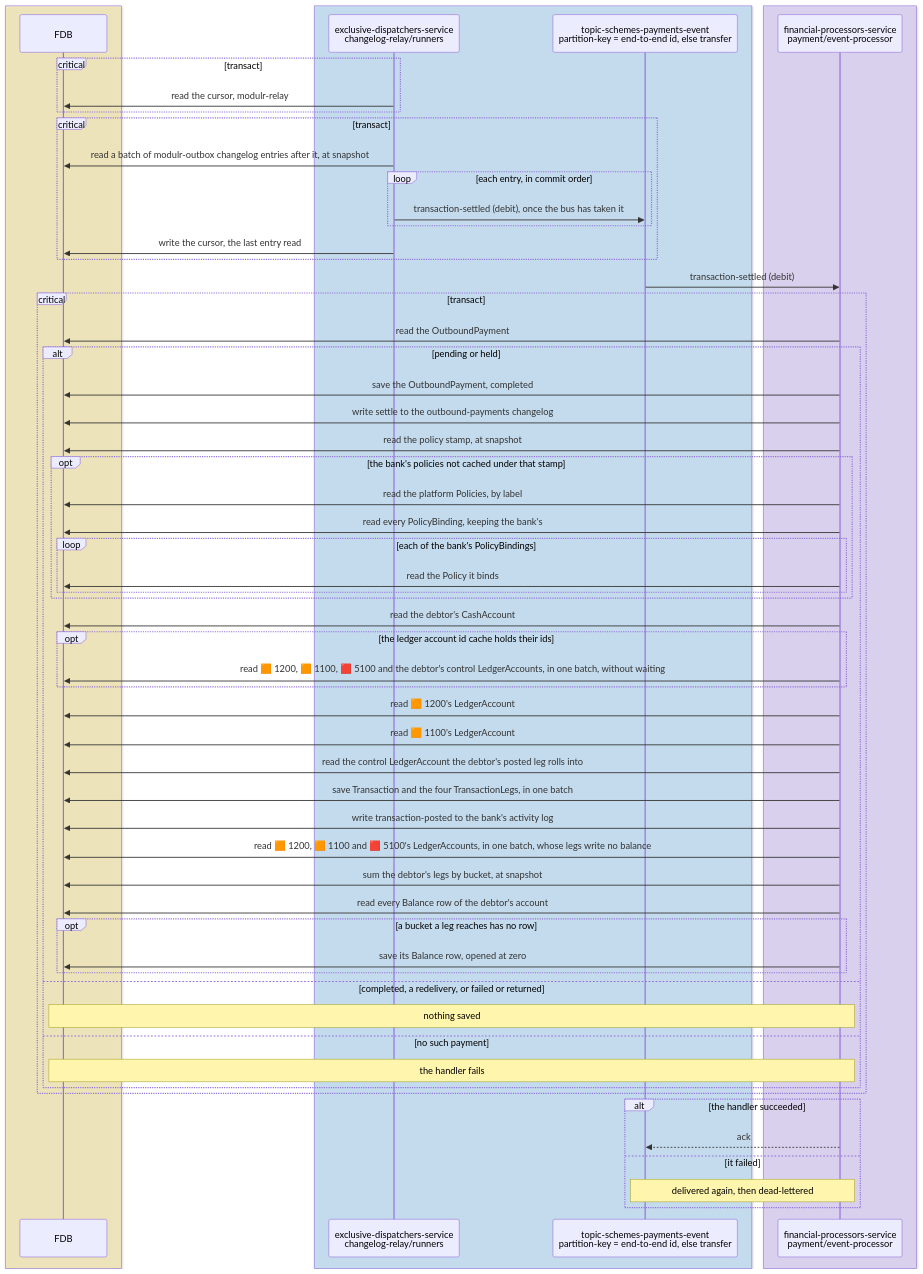
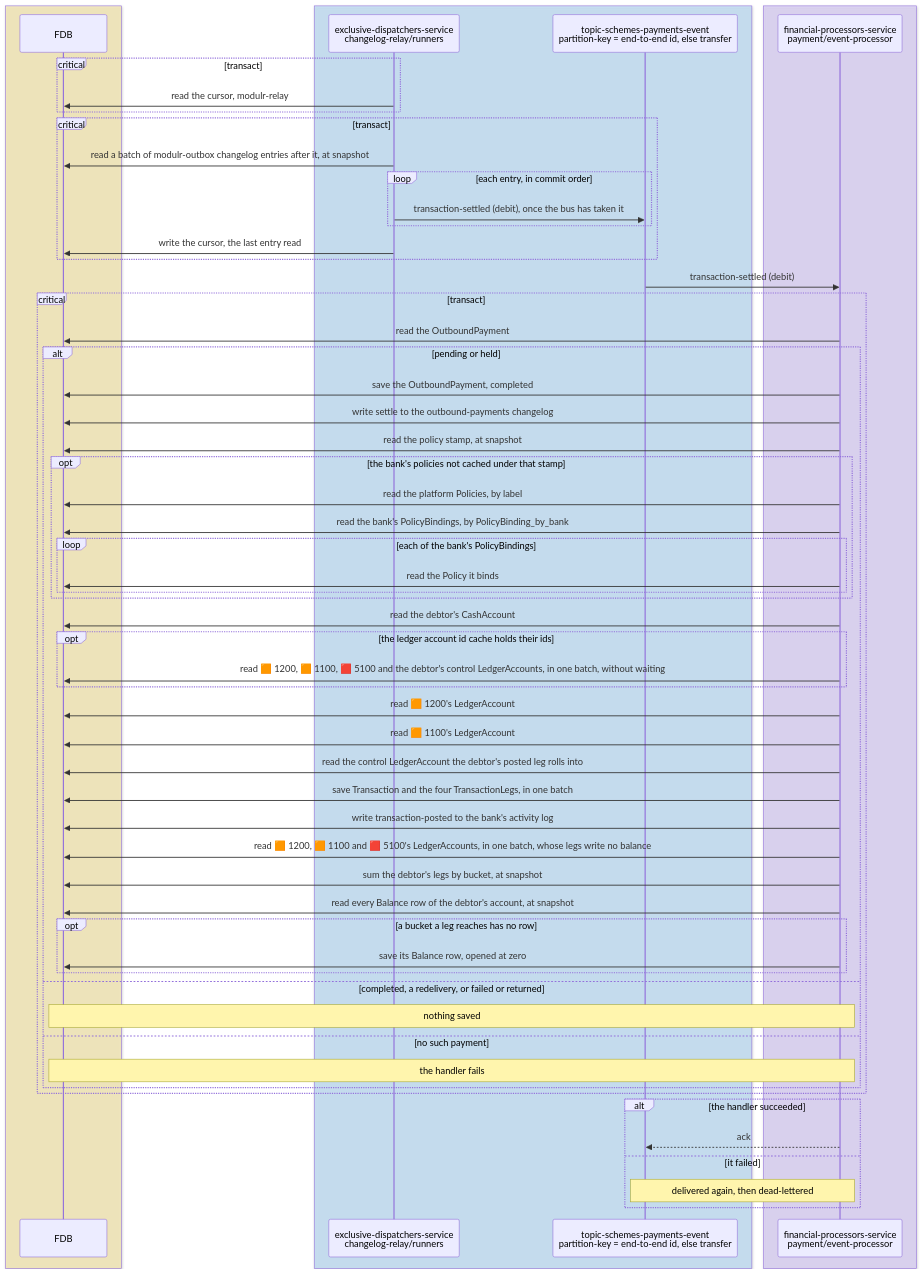
Before and after one commit to repldriven/queenswood: the ninth of 15 diagrams in docs/tdd/payments-outbound.md, drawn with Mermaid. The commit also changed other lines of this file and 2 other files, not shown here.

Commit message:
Draw the payment flows' snapshot row reads, pre-loads, cached bank read, binding index and reconcile outcomes

````diff
--- a/docs/tdd/payments-outbound.md
+++ b/docs/tdd/payments-outbound.md
@@ -527,63 +537,63 @@
 ```mermaid
 sequenceDiagram
     box rgba(255, 236, 153, 0.5)
     participant DB as FDB
     end
     box rgba(165, 216, 255, 0.45)
     participant OR as exclusive-dispatchers-service<br/>changelog-relay/runners
     participant SE as topic-schemes-payments-event<br/>partition-key = end-to-end id, else transfer
     end
     box rgba(208, 191, 255, 0.45)
     participant PE as financial-processors-service<br/>payment/event-processor
     end
     critical transact
     OR->>DB: read the cursor, modulr-relay
     end
     critical transact
     OR->>DB: read a batch of modulr-outbox changelog entries after it, at snapshot
     loop each entry, in commit order
     OR->>SE: transaction-settled (debit), once the bus has taken it
     end
     OR->>DB: write the cursor, the last entry read
     end
     SE->>PE: transaction-settled (debit)
     critical transact
     PE->>DB: read the OutboundPayment
     alt pending or held
     PE->>DB: save the OutboundPayment, completed
     PE->>DB: write settle to the outbound-payments changelog
     PE->>DB: read the policy stamp, at snapshot
     opt the bank's policies not cached under that stamp
     PE->>DB: read the platform Policies, by label
-    PE->>DB: read every PolicyBinding, keeping the bank's
+    PE->>DB: read the bank's PolicyBindings, by PolicyBinding_by_bank
     loop each of the bank's PolicyBindings
     PE->>DB: read the Policy it binds
     end
     end
     PE->>DB: read the debtor's CashAccount
     opt the ledger account id cache holds their ids
     PE->>DB: read 🟧 1200, 🟧 1100, 🟥 5100 and the debtor's control LedgerAccounts, in one batch, without waiting
     end
     PE->>DB: read 🟧 1200's LedgerAccount
     PE->>DB: read 🟧 1100's LedgerAccount
     PE->>DB: read the control LedgerAccount the debtor's posted leg rolls into
     PE->>DB: save Transaction and the four TransactionLegs, in one batch
     PE->>DB: write transaction-posted to the bank's activity log
     PE->>DB: read 🟧 1200, 🟧 1100 and 🟥 5100's LedgerAccounts, in one batch, whose legs write no balance
     PE->>DB: sum the debtor's legs by bucket, at snapshot
-    PE->>DB: read every Balance row of the debtor's account
+    PE->>DB: read every Balance row of the debtor's account, at snapshot
     opt a bucket a leg reaches has no row
     PE->>DB: save its Balance row, opened at zero
     end
     else completed, a redelivery, or failed or returned
     Note over PE,DB: nothing saved
     else no such payment
     Note over PE,DB: the handler fails
     end
     end
     alt the handler succeeded
     PE-->>SE: ack
     else it failed
     Note over PE,SE: delivered again, then dead-lettered
     end
 ```
````
